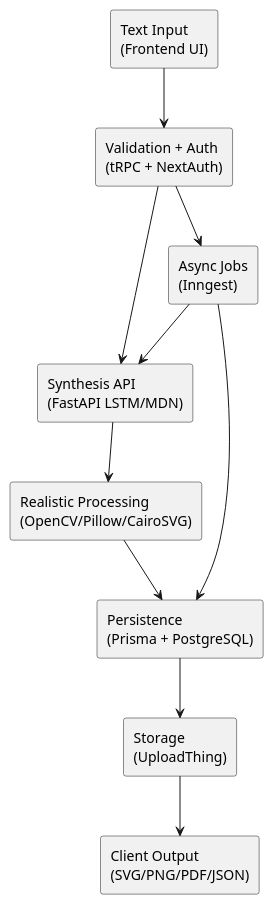
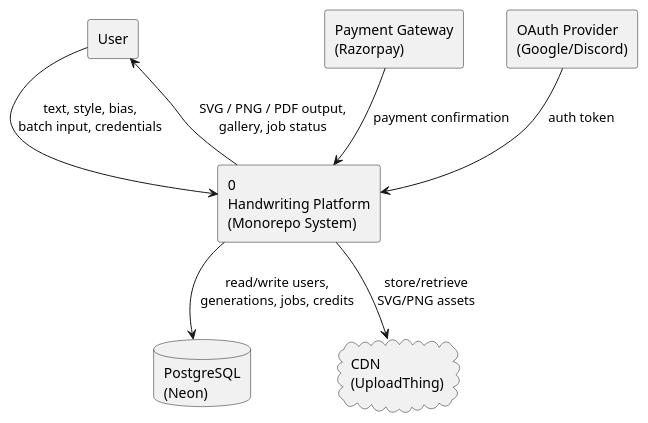
Diagram 12 of 16 in docss/CONCEPTUAL_DIAGRAMS.md (bhadraagada/ctrlpluspen), drawn with PlantUML before and after one commit. The commit also changed other lines of this file and 3 other files, not shown here.

````diff
--- a/docss/CONCEPTUAL_DIAGRAMS.md
+++ b/docss/CONCEPTUAL_DIAGRAMS.md
@@ -619,25 +621,23 @@
 ```plantuml
 @startuml
 skinparam monochrome true
 skinparam shadowing false
 
-rectangle "Text Input\n(Frontend UI)" as Input
-rectangle "Validation + Auth\n(tRPC + NextAuth)" as Validate
-rectangle "Synthesis API\n(FastAPI LSTM/MDN)" as Synthesize
-rectangle "Realistic Processing\n(OpenCV/Pillow/CairoSVG)" as Effects
-rectangle "Persistence\n(Prisma + PostgreSQL)" as Persist
-rectangle "Storage\n(UploadThing)" as Store
-rectangle "Async Jobs\n(Inngest)" as Async
-rectangle "Client Output\n(SVG/PNG/PDF/JSON)" as Output
+rectangle "User" as User
+rectangle "Payment Gateway\n(Razorpay)" as Pay
+rectangle "OAuth Provider\n(Google/Discord)" as OAuth
 
-Input --> Validate
-Validate --> Synthesize
-Synthesize --> Effects
-Effects --> Persist
-Persist --> Store
-Store --> Output
-Validate --> Async
-Async --> Synthesize
-Async --> Persist
+rectangle "0\nHandwriting Platform\n(Monorepo System)" as Sys
+
+database "PostgreSQL\n(Neon)" as DB
+cloud "CDN\n(UploadThing)" as CDN
+
+User --> Sys : text, style, bias,\nbatch input, credentials
+Pay --> Sys : payment confirmation
+OAuth --> Sys : auth token
+
+Sys --> User : SVG / PNG / PDF output,\ngallery, job status
+Sys --> DB : read/write users,\ngenerations, jobs, credits
+Sys --> CDN : store/retrieve\nSVG/PNG assets
 @enduml
 ```
````
